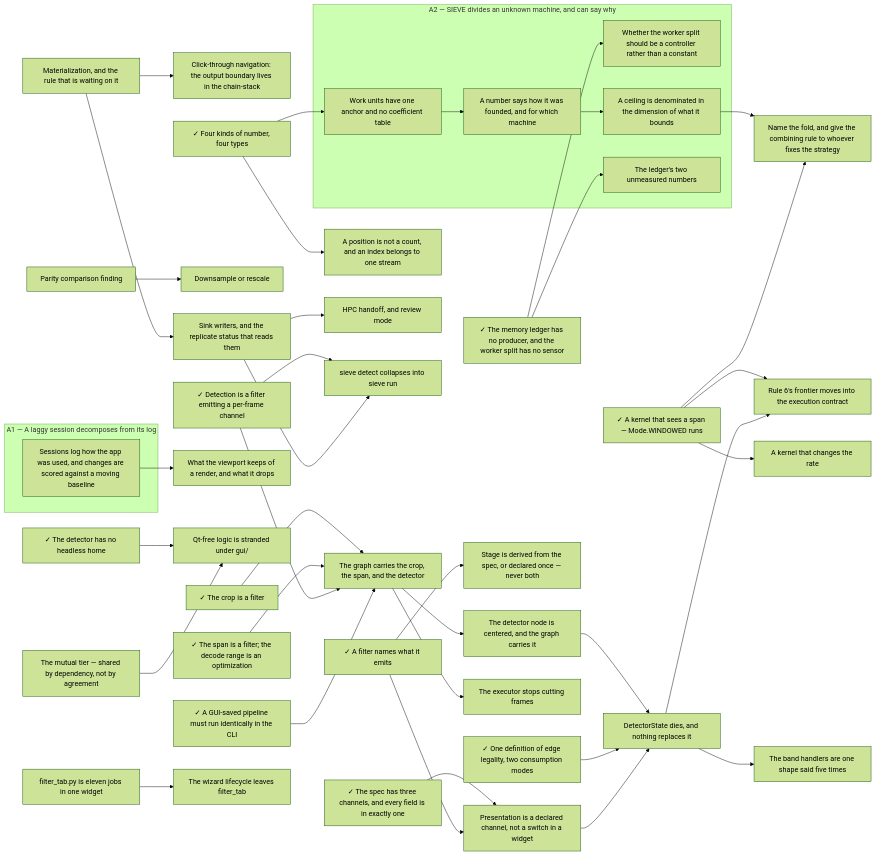
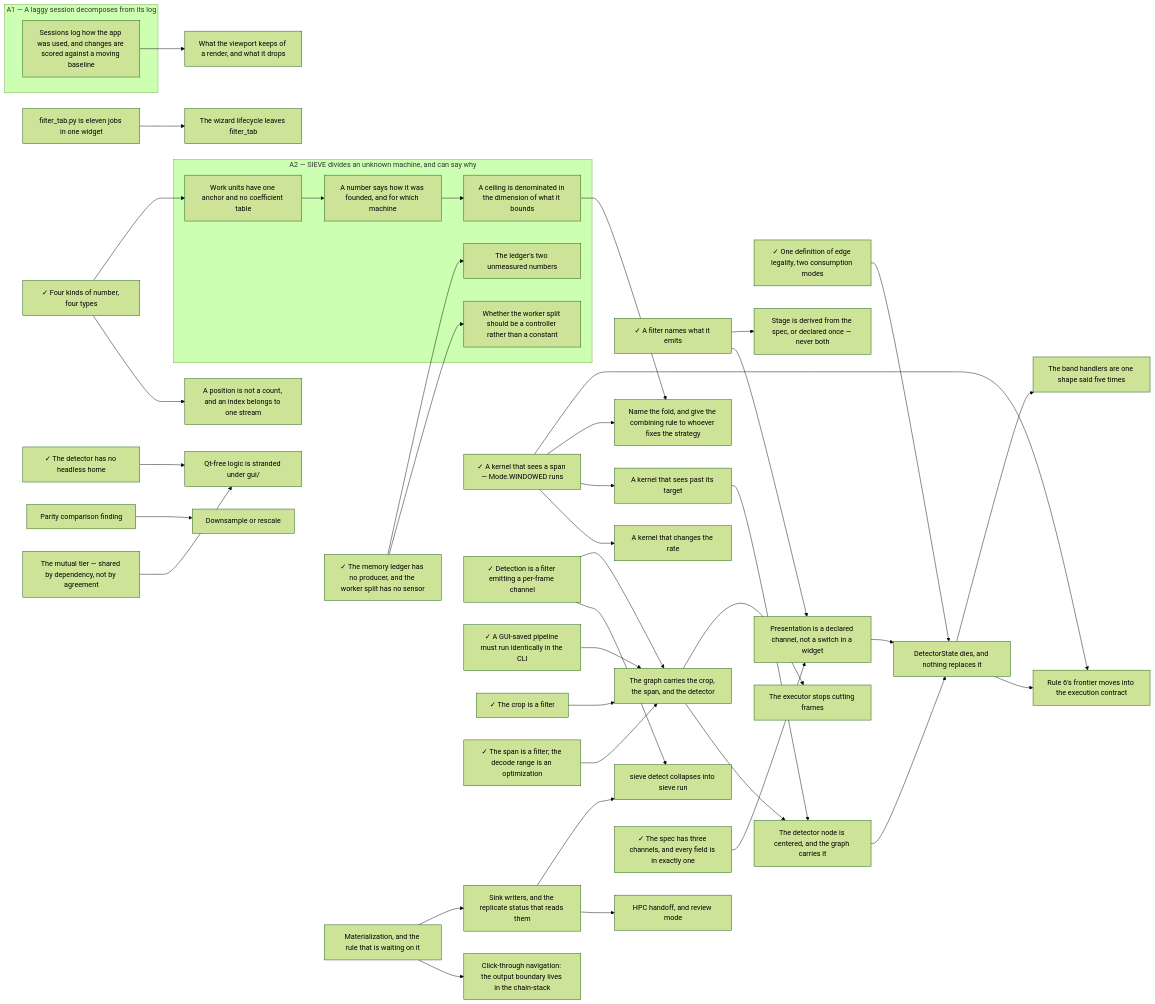
The diagram in docs/.state.md (soulsynapse/antscihub-SIEVE), drawn with Mermaid (forest theme) before and after one commit. The commit also changed other lines of this file and 5 other files, not shown here.

First line of the commit message:
docs(a-kernel-that-sees-past-its-target): the look-ahead is a protocol width, not a missing capability

```diff
--- a/docs/.state.md
+++ b/docs/.state.md
@@ -127,6 +129,7 @@
     a_filter_names_what_it_emits["✓ A filter names what it emits"]
     a_kernel_that_changes_the_rate["A kernel that changes the rate"]
     a_kernel_that_sees_a_span["✓ A kernel that sees a span — Mode.WINDOWED runs"]
+    a_kernel_that_sees_past_its_target["A kernel that sees past its target"]
     a_position_is_not_a_count["A position is not a count, and an index belongs to one stream"]
     click_through_navigation["Click-through navigation: the output boundary lives in the chain-stack"]
     detection_is_a_filter["✓ Detection is a filter emitting a per-frame channel"]
@@ -159,6 +162,7 @@
     the_spec_has_three_channels["✓ The spec has three channels, and every field is in exactly one"]
     the_wizard_lifecycle_leaves_filter_tab["The wizard lifecycle leaves filter_tab"]
     a_kernel_that_sees_a_span --> a_kernel_that_changes_the_rate
+    a_kernel_that_sees_a_span --> a_kernel_that_sees_past_its_target
     work_units_have_one_anchor --> a_number_says_how_it_was_founded
     four_numbers_four_types --> a_position_is_not_a_count
     ledger_producers --> adaptive_worker_allocation
@@ -185,6 +189,7 @@
     a_filter_names_what_it_emits --> stage_is_derived_or_declared_once
     detector_state_dies --> the_band_handlers_are_one_shape_said_five_times
     the_graph_carries_the_crop_the_span_and_the_detector --> the_detector_node_is_centered
+    a_kernel_that_sees_past_its_target --> the_detector_node_is_centered
     the_graph_carries_the_crop_the_span_and_the_detector --> the_executor_stops_cutting_frames
     the_crop_is_a_filter --> the_graph_carries_the_crop_the_span_and_the_detector
     the_span_is_a_filter --> the_graph_carries_the_crop_the_span_and_the_detector
```
